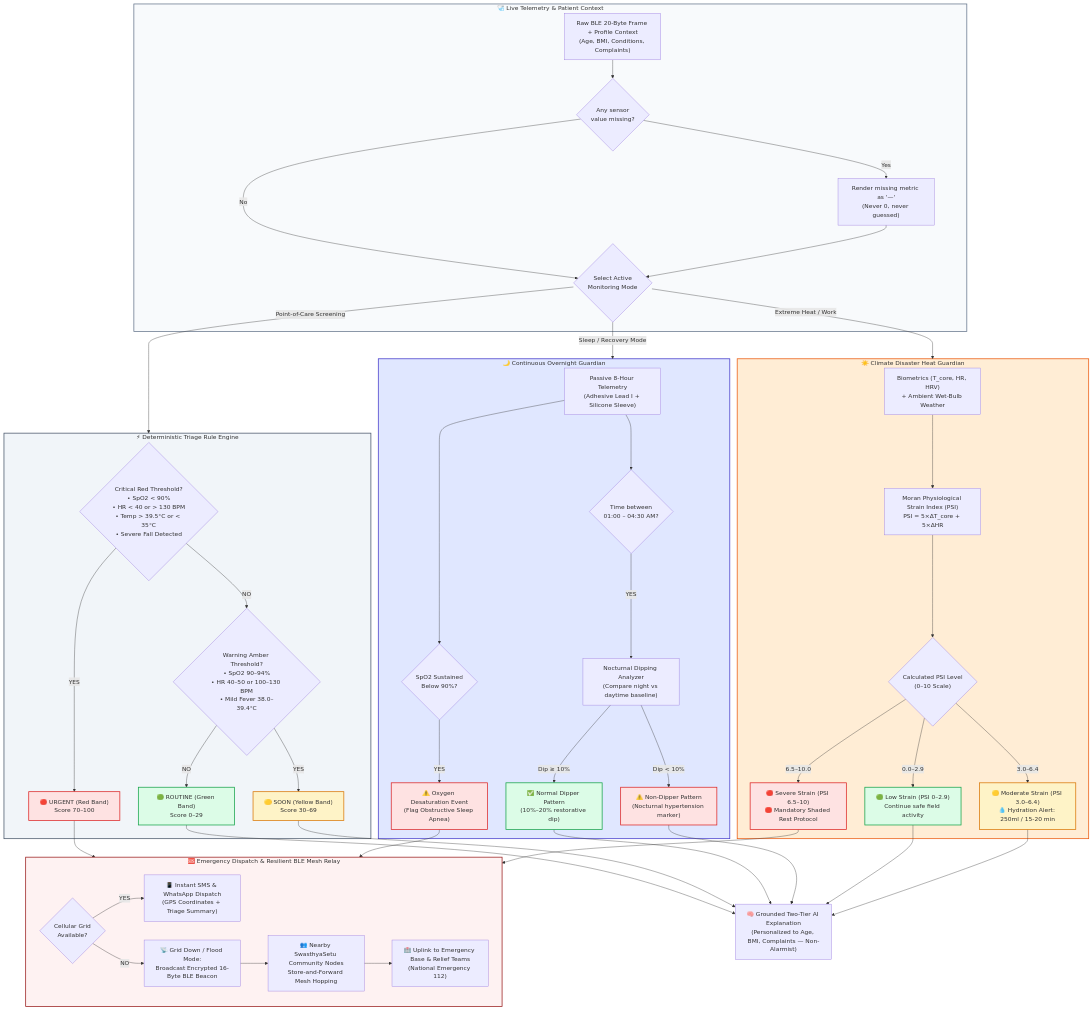
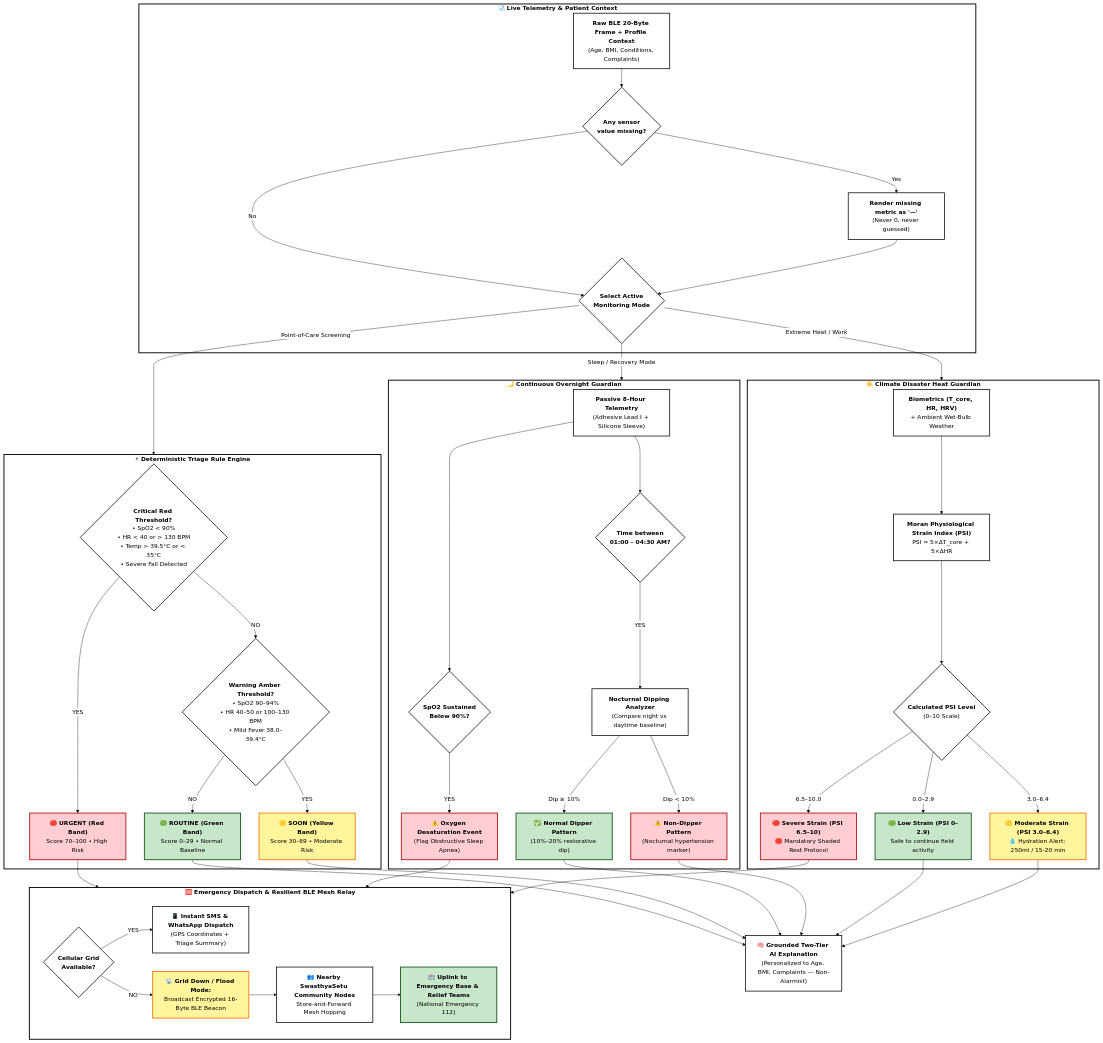
The second of 2 diagrams in README.md (krishnendukoley2007-arch/swasthyasetu-ai), drawn with Mermaid before and after one commit. The commit also changed other lines of this file, not shown here.

Commit message:
style: maximize contrast with bold jet-black text and crisp borders in Mermaid workflows

````diff
--- a/README.md
+++ b/README.md
@@ -299,13 +315,14 @@
 ```mermaid
+%%{init: {'theme': 'base', 'themeVariables': { 'primaryColor': '#ffffff', 'primaryTextColor': '#000000', 'primaryBorderColor': '#000000', 'lineColor': '#000000', 'textColor': '#000000', 'mainBkg': '#ffffff', 'nodeBorder': '#000000', 'clusterBkg': '#ffffff', 'clusterBorder': '#000000', 'edgeLabelBackground': '#ffffff' }}}%%
 flowchart TD
     %% INGESTION & DATA VALIDATION
-    subgraph INGEST["🩺 Live Telemetry & Patient Context"]
-        IN_DATA["Raw BLE 20-Byte Frame + Profile Context<br/>(Age, BMI, Conditions, Complaints)"]
-        IN_CHECK{"Any sensor<br/>value missing?"}
-        IN_DASH["Render missing metric as '—'<br/>(Never 0, never guessed)"]
+    subgraph INGEST["<b>🩺 Live Telemetry & Patient Context</b>"]
+        IN_DATA["<b>Raw BLE 20-Byte Frame + Profile Context</b><br/>(Age, BMI, Conditions, Complaints)"]
+        IN_CHECK{"<b>Any sensor<br/>value missing?</b>"}
+        IN_DASH["<b>Render missing metric as '—'</b><br/>(Never 0, never guessed)"]
         IN_DATA --> IN_CHECK
         IN_CHECK -->|"Yes"| IN_DASH
-        IN_CHECK -->|"No"| ROUTER{"Select Active<br/>Monitoring Mode"}
+        IN_CHECK -->|"No"| ROUTER{"<b>Select Active<br/>Monitoring Mode</b>"}
         IN_DASH --> ROUTER
     end
 
@@ -315,25 +332,25 @@
     ROUTER -->|"Extreme Heat / Work"| HEAT_SUB
 
     %% 1. DETERMINISTIC TRIAGE ENGINE
-    subgraph TRIAGE_SUB["⚡ Deterministic Triage Rule Engine"]
-        CRIT_CHECK{"Critical Red Threshold?<br/>• SpO2 < 90%<br/>• HR < 40 or > 130 BPM<br/>• Temp > 39.5°C or < 35°C<br/>• Severe Fall Detected"}
-        AMB_CHECK{"Warning Amber Threshold?<br/>• SpO2 90–94%<br/>• HR 40–50 or 100–130 BPM<br/>• Mild Fever 38.0–39.4°C"}
+    subgraph TRIAGE_SUB["<b>⚡ Deterministic Triage Rule Engine</b>"]
+        CRIT_CHECK{"<b>Critical Red Threshold?</b><br/>• SpO2 < 90%<br/>• HR < 40 or > 130 BPM<br/>• Temp > 39.5°C or < 35°C<br/>• Severe Fall Detected"}
+        AMB_CHECK{"<b>Warning Amber Threshold?</b><br/>• SpO2 90–94%<br/>• HR 40–50 or 100–130 BPM<br/>• Mild Fever 38.0–39.4°C"}
         
-        CRIT_CHECK -->|"YES"| BAND_RED["🔴 URGENT (Red Band)<br/>Score 70–100"]
+        CRIT_CHECK -->|"YES"| BAND_RED["<b>🔴 URGENT (Red Band)</b><br/>Score 70–100 • High Risk"]
         CRIT_CHECK -->|"NO"| AMB_CHECK
-        AMB_CHECK -->|"YES"| BAND_YELLOW["🟡 SOON (Yellow Band)<br/>Score 30–69"]
-        AMB_CHECK -->|"NO"| BAND_GREEN["🟢 ROUTINE (Green Band)<br/>Score 0–29"]
+        AMB_CHECK -->|"YES"| BAND_YELLOW["<b>🟡 SOON (Yellow Band)</b><br/>Score 30–69 • Moderate Risk"]
+        AMB_CHECK -->|"NO"| BAND_GREEN["<b>🟢 ROUTINE (Green Band)</b><br/>Score 0–29 • Normal Baseline"]
     end
 
     %% 2. OVERNIGHT GUARDIAN ENGINE
-    subgraph SLEEP_SUB["🌙 Continuous Overnight Guardian"]
-        SLEEP_STREAM["Passive 8-Hour Telemetry<br/>(Adhesive Lead I + Silicone Sleeve)"]
-        DIP_WINDOW{"Time between<br/>01:00 – 04:30 AM?"}
-        DIP_CALC["Nocturnal Dipping Analyzer<br/>(Compare night vs daytime baseline)"]
-        DIP_NORM["✅ Normal Dipper Pattern<br/>(10%–20% restorative dip)"]
-        DIP_ALERT["⚠️ Non-Dipper Pattern<br/>(Nocturnal hypertension marker)"]
-        SPO2_CHECK{"SpO2 Sustained<br/>Below 90%?"}
-        ODI_ALERT["⚠️ Oxygen Desaturation Event<br/>(Flag Obstructive Sleep Apnea)"]
+    subgraph SLEEP_SUB["<b>🌙 Continuous Overnight Guardian</b>"]
+        SLEEP_STREAM["<b>Passive 8-Hour Telemetry</b><br/>(Adhesive Lead I + Silicone Sleeve)"]
+        DIP_WINDOW{"<b>Time between<br/>01:00 – 04:30 AM?</b>"}
+        DIP_CALC["<b>Nocturnal Dipping Analyzer</b><br/>(Compare night vs daytime baseline)"]
+        DIP_NORM["<b>✅ Normal Dipper Pattern</b><br/>(10%–20% restorative dip)"]
+        DIP_ALERT["<b>⚠️ Non-Dipper Pattern</b><br/>(Nocturnal hypertension marker)"]
+        SPO2_CHECK{"<b>SpO2 Sustained<br/>Below 90%?</b>"}
+        ODI_ALERT["<b>⚠️ Oxygen Desaturation Event</b><br/>(Flag Obstructive Sleep Apnea)"]
 
         SLEEP_STREAM --> DIP_WINDOW
         DIP_WINDOW -->|"YES"| DIP_CALC
@@ -344,13 +361,13 @@
     end
 
     %% 3. HEAT GUARDIAN ENGINE
-    subgraph HEAT_SUB["☀️ Climate Disaster Heat Guardian"]
-        HEAT_INPUT["Biometrics (T_core, HR, HRV)<br/>+ Ambient Wet-Bulb Weather"]
-        PSI_CALC["Moran Physiological Strain Index (PSI)<br/>PSI = 5×ΔT_core + 5×ΔHR"]
-        PSI_DECIDE{"Calculated PSI Level<br/>(0–10 Scale)"}
-        PSI_SAFE["🟢 Low Strain (PSI 0–2.9)<br/>Continue safe field activity"]
-        PSI_WARN["🟡 Moderate Strain (PSI 3.0–6.4)<br/>💧 Hydration Alert: 250ml / 15-20 min"]
-        PSI_DANGER["🔴 Severe Strain (PSI 6.5–10)<br/>🛑 Mandatory Shaded Rest Protocol"]
+    subgraph HEAT_SUB["<b>☀️ Climate Disaster Heat Guardian</b>"]
+        HEAT_INPUT["<b>Biometrics (T_core, HR, HRV)</b><br/>+ Ambient Wet-Bulb Weather"]
+        PSI_CALC["<b>Moran Physiological Strain Index (PSI)</b><br/>PSI = 5×ΔT_core + 5×ΔHR"]
+        PSI_DECIDE{"<b>Calculated PSI Level</b><br/>(0–10 Scale)"}
+        PSI_SAFE["<b>🟢 Low Strain (PSI 0–2.9)</b><br/>Safe to continue field activity"]
+        PSI_WARN["<b>🟡 Moderate Strain (PSI 3.0–6.4)</b><br/>💧 Hydration Alert: 250ml / 15-20 min"]
+        PSI_DANGER["<b>🔴 Severe Strain (PSI 6.5–10)</b><br/>🛑 Mandatory Shaded Rest Protocol"]
 
         HEAT_INPUT --> PSI_CALC
         PSI_CALC --> PSI_DECIDE
@@ -360,7 +377,7 @@
     end
 
     %% REASSURING EXPLANATION (NON-CRITICAL)
-    BAND_GREEN --> EXPLAIN["🧠 Grounded Two-Tier AI Explanation<br/>(Personalized to Age, BMI, Complaints — Non-Alarmist)"]
+    BAND_GREEN --> EXPLAIN["<b>🧠 Grounded Two-Tier AI Explanation</b><br/>(Personalized to Age, BMI, Complaints — Non-Alarmist)"]
     BAND_YELLOW --> EXPLAIN
     DIP_NORM --> EXPLAIN
     DIP_ALERT --> EXPLAIN
@@ -373,12 +390,12 @@
     PSI_DANGER --> ESCALATE_SUB
 
     %% 4. DISASTER RELAY & SOS
-    subgraph ESCALATE_SUB["🆘 Emergency Dispatch & Resilient BLE Mesh Relay"]
-        GRID_DETECT{"Cellular Grid<br/>Available?"}
-        SMS_DISPATCH["📱 Instant SMS & WhatsApp Dispatch<br/>(GPS Coordinates + Triage Summary)"]
-        BLE_MESH["📡 Grid Down / Flood Mode:<br/>Broadcast Encrypted 16-Byte BLE Beacon"]
-        P2P_RELAY["👥 Nearby SwasthyaSetu Community Nodes<br/>Store-and-Forward Mesh Hopping"]
-        RELIEF_UPLINK["🏥 Uplink to Emergency Base & Relief Teams<br/>(National Emergency 112)"]
+    subgraph ESCALATE_SUB["<b>🆘 Emergency Dispatch & Resilient BLE Mesh Relay</b>"]
+        GRID_DETECT{"<b>Cellular Grid<br/>Available?</b>"}
+        SMS_DISPATCH["<b>📱 Instant SMS & WhatsApp Dispatch</b><br/>(GPS Coordinates + Triage Summary)"]
+        BLE_MESH["<b>📡 Grid Down / Flood Mode:</b><br/>Broadcast Encrypted 16-Byte BLE Beacon"]
+        P2P_RELAY["<b>👥 Nearby SwasthyaSetu Community Nodes</b><br/>Store-and-Forward Mesh Hopping"]
+        RELIEF_UPLINK["<b>🏥 Uplink to Emergency Base & Relief Teams</b><br/>(National Emergency 112)"]
 
         GRID_DETECT -->|"YES"| SMS_DISPATCH
         GRID_DETECT -->|"NO"| BLE_MESH
@@ -386,18 +403,44 @@
         P2P_RELAY --> RELIEF_UPLINK
     end
 
-    style INGEST fill:#f8fafc,stroke:#64748b,stroke-width:2px
-    style TRIAGE_SUB fill:#f1f5f9,stroke:#475569,stroke-width:2px
-    style SLEEP_SUB fill:#e0e7ff,stroke:#4338ca,stroke-width:2px
-    style HEAT_SUB fill:#ffedd5,stroke:#ea580c,stroke-width:2px
-    style ESCALATE_SUB fill:#fef2f2,stroke:#991b1b,stroke-width:2px
-    style BAND_RED fill:#fee2e2,stroke:#dc2626,stroke-width:2px
-    style BAND_YELLOW fill:#fef3c7,stroke:#d97706,stroke-width:2px
-    style BAND_GREEN fill:#dcfce7,stroke:#16a34a,stroke-width:2px
-    style PSI_DANGER fill:#fee2e2,stroke:#dc2626,stroke-width:2px
-    style PSI_WARN fill:#fef3c7,stroke:#d97706,stroke-width:2px
-    style PSI_SAFE fill:#dcfce7,stroke:#16a34a,stroke-width:2px
-    style DIP_NORM fill:#dcfce7,stroke:#16a34a,stroke-width:2px
-    style DIP_ALERT fill:#fee2e2,stroke:#dc2626,stroke-width:2px
-    style ODI_ALERT fill:#fee2e2,stroke:#dc2626,stroke-width:2px
+    %% HIGH-CONTRAST JET BLACK STYLING ACROSS ALL NODES & SUBGRAPHS
+    style INGEST fill:#ffffff,stroke:#000000,stroke-width:2.5px,color:#000000
+    style TRIAGE_SUB fill:#ffffff,stroke:#000000,stroke-width:2.5px,color:#000000
+    style SLEEP_SUB fill:#ffffff,stroke:#000000,stroke-width:2.5px,color:#000000
+    style HEAT_SUB fill:#ffffff,stroke:#000000,stroke-width:2.5px,color:#000000
+    style ESCALATE_SUB fill:#ffffff,stroke:#000000,stroke-width:2.5px,color:#000000
+
+    style IN_DATA fill:#ffffff,stroke:#000000,stroke-width:2px,color:#000000
+    style IN_CHECK fill:#ffffff,stroke:#000000,stroke-width:2px,color:#000000
+    style IN_DASH fill:#ffffff,stroke:#000000,stroke-width:2px,color:#000000
+    style ROUTER fill:#ffffff,stroke:#000000,stroke-width:2px,color:#000000
+
+    style CRIT_CHECK fill:#ffffff,stroke:#000000,stroke-width:2px,color:#000000
+    style AMB_CHECK fill:#ffffff,stroke:#000000,stroke-width:2px,color:#000000
+    style BAND_RED fill:#ffcdd2,stroke:#b71c1c,stroke-width:2.5px,color:#000000
+    style BAND_YELLOW fill:#fff59d,stroke:#f57f17,stroke-width:2.5px,color:#000000
+    style BAND_GREEN fill:#c8e6c9,stroke:#1b5e20,stroke-width:2.5px,color:#000000
+
+    style SLEEP_STREAM fill:#ffffff,stroke:#000000,stroke-width:2px,color:#000000
+    style DIP_WINDOW fill:#ffffff,stroke:#000000,stroke-width:2px,color:#000000
+    style DIP_CALC fill:#ffffff,stroke:#000000,stroke-width:2px,color:#000000
+    style DIP_NORM fill:#c8e6c9,stroke:#1b5e20,stroke-width:2.5px,color:#000000
+    style DIP_ALERT fill:#ffcdd2,stroke:#b71c1c,stroke-width:2.5px,color:#000000
+    style SPO2_CHECK fill:#ffffff,stroke:#000000,stroke-width:2px,color:#000000
+    style ODI_ALERT fill:#ffcdd2,stroke:#b71c1c,stroke-width:2.5px,color:#000000
+
+    style HEAT_INPUT fill:#ffffff,stroke:#000000,stroke-width:2px,color:#000000
+    style PSI_CALC fill:#ffffff,stroke:#000000,stroke-width:2px,color:#000000
+    style PSI_DECIDE fill:#ffffff,stroke:#000000,stroke-width:2px,color:#000000
+    style PSI_SAFE fill:#c8e6c9,stroke:#1b5e20,stroke-width:2.5px,color:#000000
+    style PSI_WARN fill:#fff59d,stroke:#f57f17,stroke-width:2.5px,color:#000000
+    style PSI_DANGER fill:#ffcdd2,stroke:#b71c1c,stroke-width:2.5px,color:#000000
+
+    style EXPLAIN fill:#ffffff,stroke:#000000,stroke-width:2px,color:#000000
+
+    style GRID_DETECT fill:#ffffff,stroke:#000000,stroke-width:2px,color:#000000
+    style SMS_DISPATCH fill:#ffffff,stroke:#000000,stroke-width:2px,color:#000000
+    style BLE_MESH fill:#fff59d,stroke:#f57f17,stroke-width:2.5px,color:#000000
+    style P2P_RELAY fill:#ffffff,stroke:#000000,stroke-width:2px,color:#000000
+    style RELIEF_UPLINK fill:#c8e6c9,stroke:#1b5e20,stroke-width:2.5px,color:#000000
 ```
````
